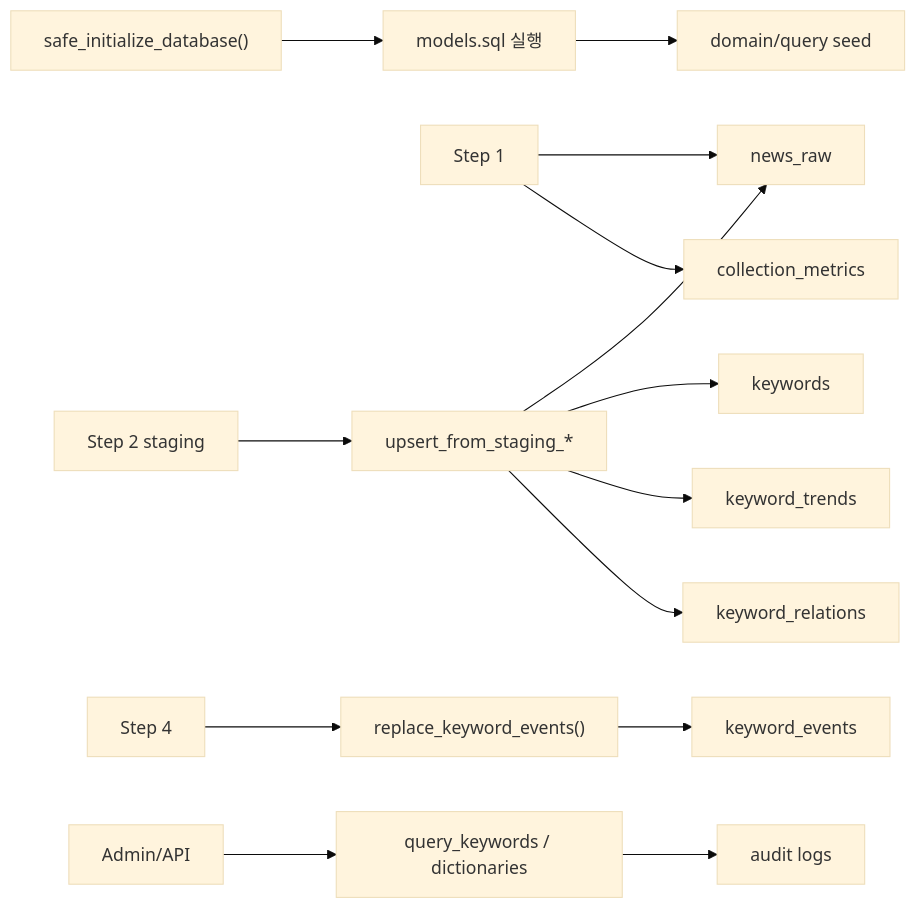
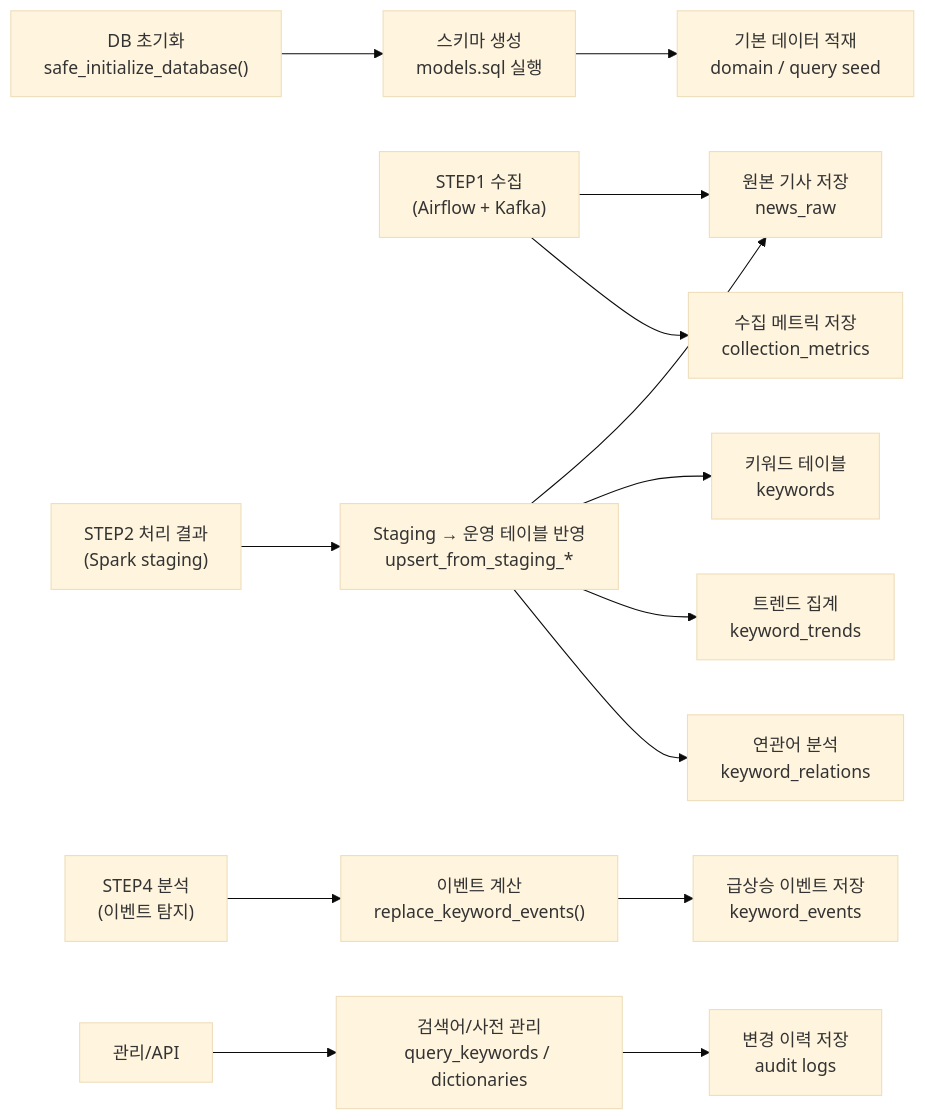
The diagram in docs/design/STEP3-1_DATABASE.md (yeongmin-yu/news-trend-pipeline-dev), drawn with Mermaid (base theme) before and after one commit. The commit also changed 7 other files, not shown here.

````diff
--- a/docs/design/STEP3-1_DATABASE.md
+++ b/docs/design/STEP3-1_DATABASE.md
@@ -22,16 +22,25 @@
 ```mermaid
 flowchart LR
-    A["safe_initialize_database()"] --> B["models.sql 실행"]
-    B --> C["domain/query seed"]
-    D["Step 1"] --> E["news_raw"]
-    D --> F["collection_metrics"]
-    G["Step 2 staging"] --> H["upsert_from_staging_*"]
+    %% STEP0: 초기화
+    A["DB 초기화<br/>safe_initialize_database()"] --> B["스키마 생성<br/>models.sql 실행"]
+    B --> C["기본 데이터 적재<br/>domain / query seed"]
+
+    %% STEP1: 수집
+    D["STEP1 수집<br/>(Airflow + Kafka)"] --> E["원본 기사 저장<br/>news_raw"]
+    D --> F["수집 메트릭 저장<br/>collection_metrics"]
+
+    %% STEP2~3: 처리 + 저장
+    G["STEP2 처리 결과<br/>(Spark staging)"] --> H["Staging → 운영 테이블 반영<br/>upsert_from_staging_*"]
     H --> E
-    H --> I["keywords"]
-    H --> J["keyword_trends"]
-    H --> K["keyword_relations"]
-    L["Step 4"] --> M["replace_keyword_events()"]
-    M --> N["keyword_events"]
-    O["Admin/API"] --> P["query_keywords / dictionaries"]
-    P --> Q["audit logs"]
+    H --> I["키워드 테이블<br/>keywords"]
+    H --> J["트렌드 집계<br/>keyword_trends"]
+    H --> K["연관어 분석<br/>keyword_relations"]
+
+    %% STEP4: 분석
+    L["STEP4 분석<br/>(이벤트 탐지)"] --> M["이벤트 계산<br/>replace_keyword_events()"]
+    M --> N["급상승 이벤트 저장<br/>keyword_events"]
+
+    %% 관리/운영
+    O["관리/API"] --> P["검색어/사전 관리<br/>query_keywords / dictionaries"]
+    P --> Q["변경 이력 저장<br/>audit logs"]
 ```
````
